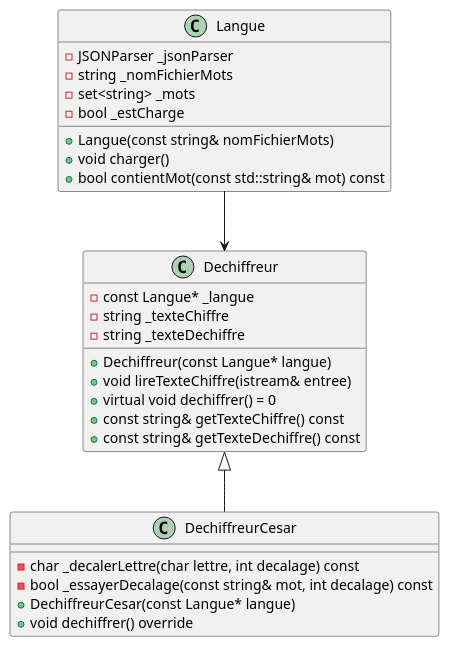
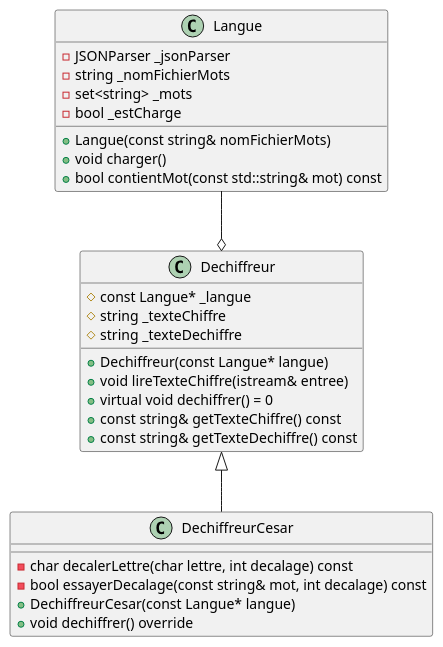
Before and after one commit to plbrault/420-SF2-RE: the first of 4 diagrams in laboratoires/lab08-set-map/consignes/lab8.md, drawn with PlantUML. The commit also changed other lines of this file and 1 other file, not shown here.

````diff
--- a/laboratoires/lab08-set-map/consignes/lab8.md
+++ b/laboratoires/lab08-set-map/consignes/lab8.md
@@ -121,36 +121,36 @@
 ```plantuml
 @startuml
 
 class Langue {
     - JSONParser _jsonParser
     - string _nomFichierMots
     - set<string> _mots
     - bool _estCharge
     + Langue(const string& nomFichierMots)
     + void charger()
     + bool contientMot(const std::string& mot) const
 }
 
 class Dechiffreur {
-    - const Langue* _langue    
-    - string _texteChiffre
-    - string _texteDechiffre
+    # const Langue* _langue
+    # string _texteChiffre
+    # string _texteDechiffre
     + Dechiffreur(const Langue* langue)
     + void lireTexteChiffre(istream& entree)
     + virtual void dechiffrer() = 0
     + const string& getTexteChiffre() const
     + const string& getTexteDechiffre() const
 }
 
 class DechiffreurCesar {
-    - char _decalerLettre(char lettre, int decalage) const
-    - bool _essayerDecalage(const string& mot, int decalage) const
+    - char decalerLettre(char lettre, int decalage) const
+    - bool essayerDecalage(const string& mot, int decalage) const
     + DechiffreurCesar(const Langue* langue)
     + void dechiffrer() override
 }
 
 Dechiffreur <|-- DechiffreurCesar
-Langue --> Dechiffreur
+Langue --o Dechiffreur
 
 @enduml
 ```
````
